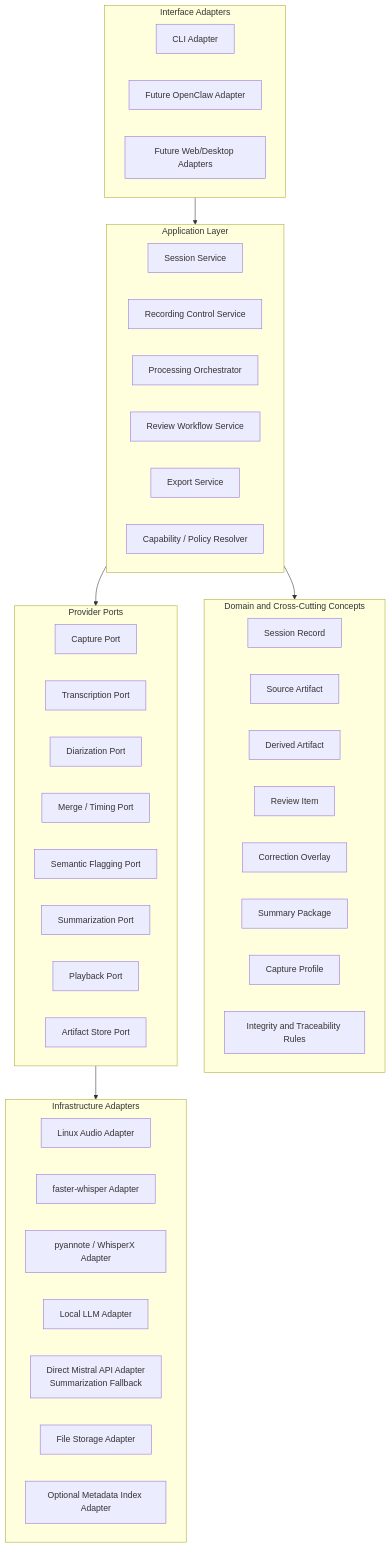
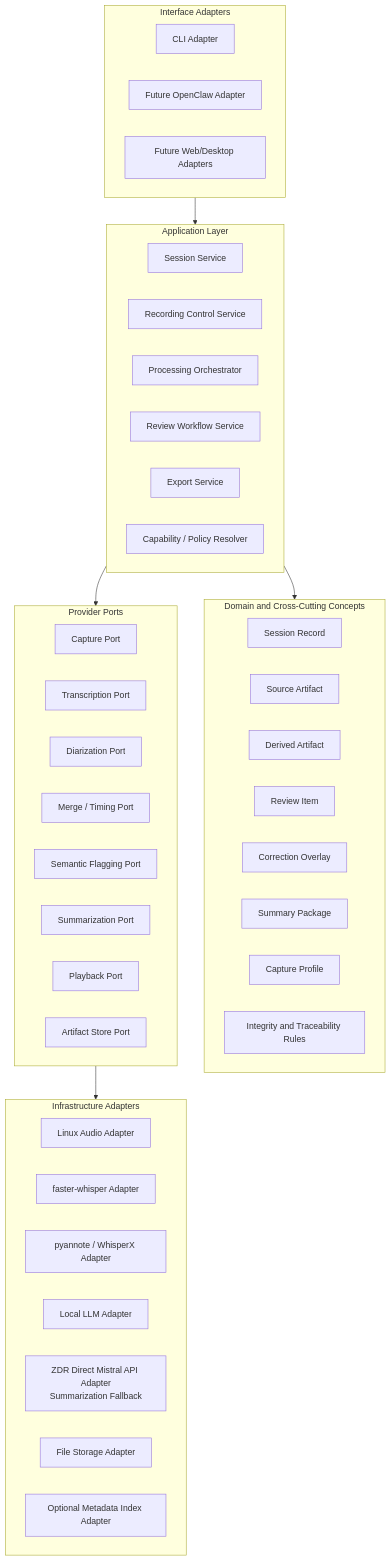
Before and after one commit to dothackerman/mena: the second of 3 diagrams in docs/architecture/architecture-overview.md, drawn with Mermaid. The commit also changed other lines of this file and 3 other files, not shown here.

Commit message:
Clarify architecture fallback and develop workflow

````diff
--- a/docs/architecture/architecture-overview.md
+++ b/docs/architecture/architecture-overview.md
@@ -260,54 +262,54 @@
 ```mermaid
 flowchart TD
     subgraph I[Interface Adapters]
         CLI[CLI Adapter]
         OCA[Future OpenClaw Adapter]
         WUI[Future Web/Desktop Adapters]
     end
 
     subgraph A[Application Layer]
         SS[Session Service]
         RCS[Recording Control Service]
         PO[Processing Orchestrator]
         RW[Review Workflow Service]
         ES[Export Service]
         CPR[Capability / Policy Resolver]
     end
 
     subgraph D[Domain and Cross-Cutting Concepts]
         SR[Session Record]
         SA[Source Artifact]
         DA[Derived Artifact]
         RI[Review Item]
         CO[Correction Overlay]
         SP[Summary Package]
         CP[Capture Profile]
         IT[Integrity and Traceability Rules]
     end
 
     subgraph P[Provider Ports]
         CAP[Capture Port]
         TP[Transcription Port]
         DP[Diarization Port]
         MP[Merge / Timing Port]
         SFP[Semantic Flagging Port]
         SUP[Summarization Port]
         PP[Playback Port]
         ASP[Artifact Store Port]
     end
 
     subgraph X[Infrastructure Adapters]
         LA[Linux Audio Adapter]
         FW[faster-whisper Adapter]
         PW[pyannote / WhisperX Adapter]
         LLM[Local LLM Adapter]
-        Mistral[Direct Mistral API Adapter\nSummarization Fallback]
+        Mistral[ZDR Direct Mistral API Adapter\nSummarization Fallback]
         FS[File Storage Adapter]
         IDX[Optional Metadata Index Adapter]
     end
 
     I --> A
     A --> D
     A --> P
     P --> X
 ```
````
